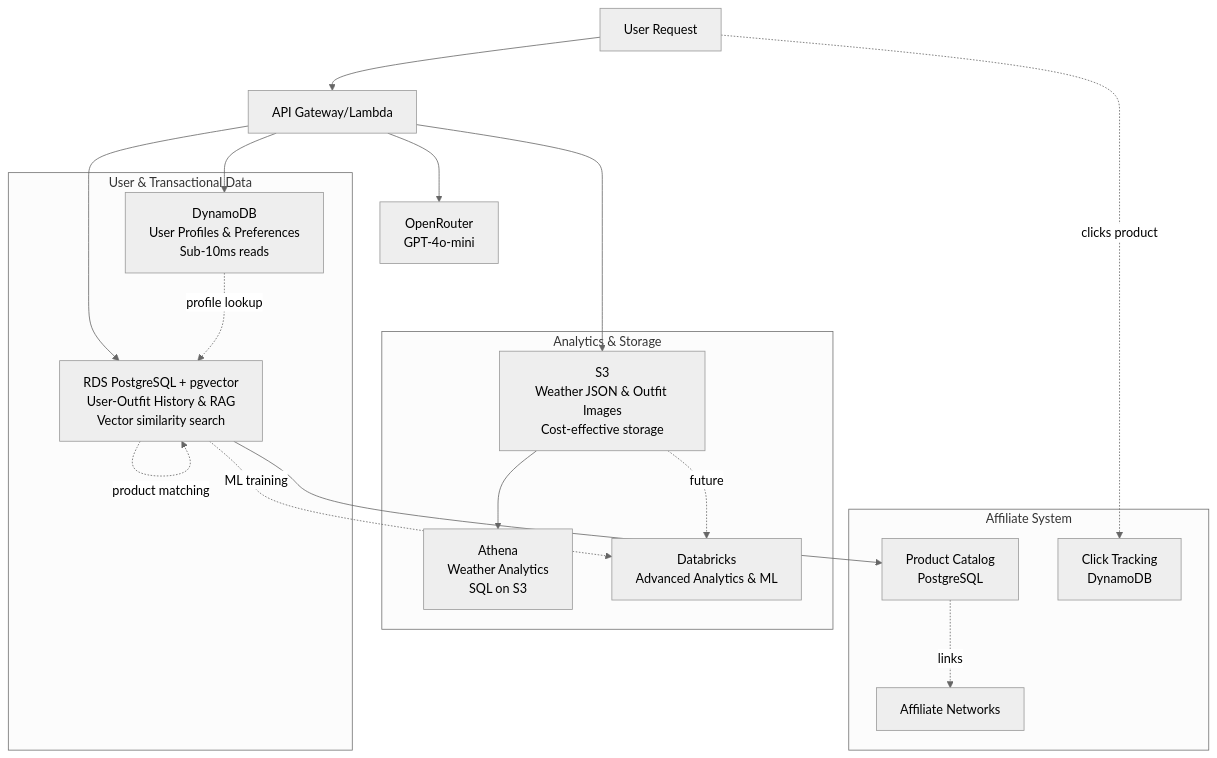
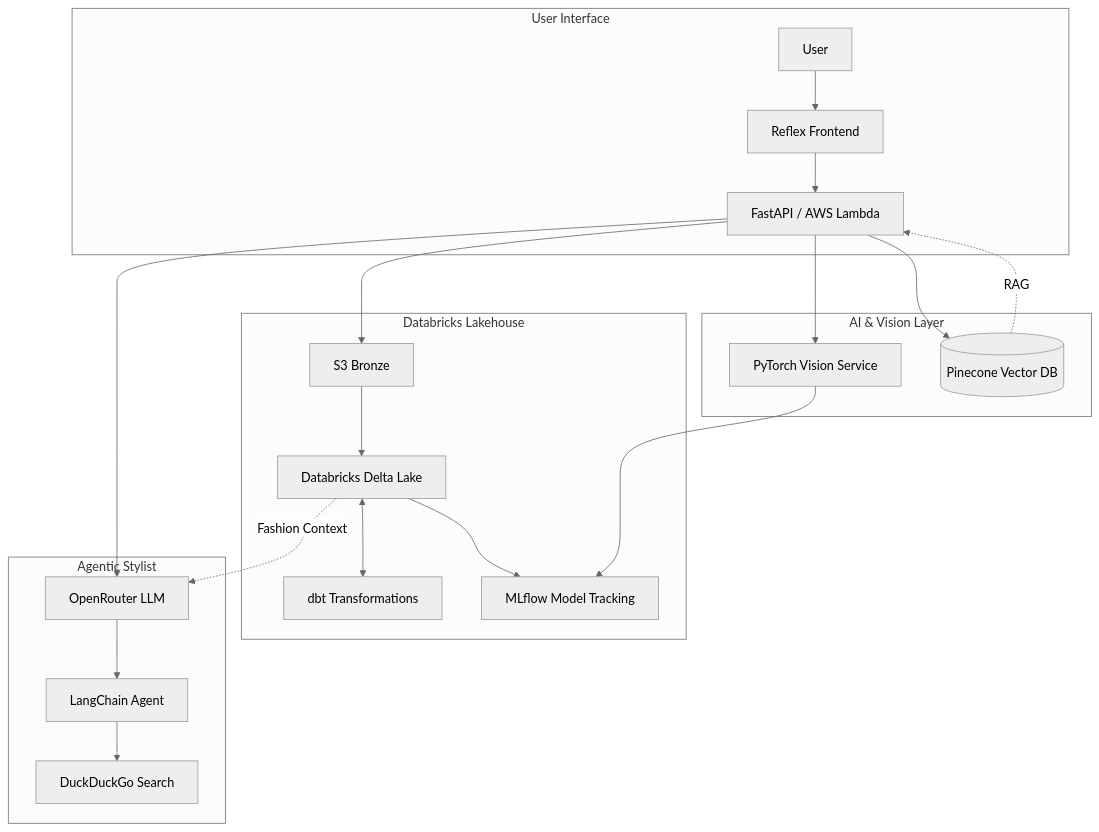
The second of 2 diagrams in plan.md (joongsim/fitted), drawn with Mermaid (neutral theme) before and after one commit. The commit also changed other lines of this file and 3 other files, not shown here.

Commit message:
feat: Revise project architecture and enhance data ingestion with new AI components, including PyTorch and LangChain integration

````diff
--- a/plan.md
+++ b/plan.md
@@ -64,36 +67,29 @@
 ```mermaid
 graph TD
-    subgraph User & Transactional Data
-        DDB[DynamoDB<br/>User Profiles & Preferences<br/>Sub-10ms reads]
-        PG[RDS PostgreSQL + pgvector<br/>User-Outfit History & RAG<br/>Vector similarity search]
+    subgraph User_Interface [User Interface]
+        USER[User] --> FRONT[Reflex Frontend]
+        FRONT --> API["FastAPI / AWS Lambda"]
     end
     
-    subgraph Analytics & Storage
-        S3[S3<br/>Weather JSON & Outfit Images<br/>Cost-effective storage]
-        ATH[Athena<br/>Weather Analytics<br/>SQL on S3]
-        DBX[Databricks<br/>Advanced Analytics & ML]
+    subgraph Data_Lakehouse [Databricks Lakehouse]
+        S3[S3 Bronze] --> DBX[Databricks Delta Lake]
+        DBX <--> DBT[dbt Transformations]
+        DBX --> MLF[MLflow Model Tracking]
     end
     
-    USER[User Request] --> API[API Gateway/Lambda]
-    API --> DDB
-    API --> PG
-    API --> S3
-    DDB -.profile lookup.-> PG
-    PG -.vector search.-> PG
-    PG -.product matching.-> PG
-    S3 --> ATH
-    S3 -.future.-> DBX
-    PG -.ML training.-> DBX
-    
-    API --> LLM[OpenRouter<br/>GPT-4o-mini]
-    
-    subgraph Affiliate System
-        PROD[Product Catalog<br/>PostgreSQL]
-        CLICK[Click Tracking<br/>DynamoDB]
-        AFF[Affiliate Networks]
+    subgraph AI_Vision_Layer [AI & Vision Layer]
+        API --> PV[PyTorch Vision Service]
+        PV --> MLF
+        API --> PINE[("Pinecone Vector DB")]
+        PINE -. "RAG" .-> API
     end
     
-    PG --> PROD
-    USER -.clicks product.-> CLICK
-    PROD -.links.-> AFF
+    subgraph Agentic_Stylist [Agentic Stylist]
+        API --> LLM[OpenRouter LLM]
+        LLM --> LC[LangChain Agent]
+        LC --> DDG[DuckDuckGo Search]
+    end
+
+    API --> S3
+    DBX -. "Fashion Context" .-> LLM
 ```
````
